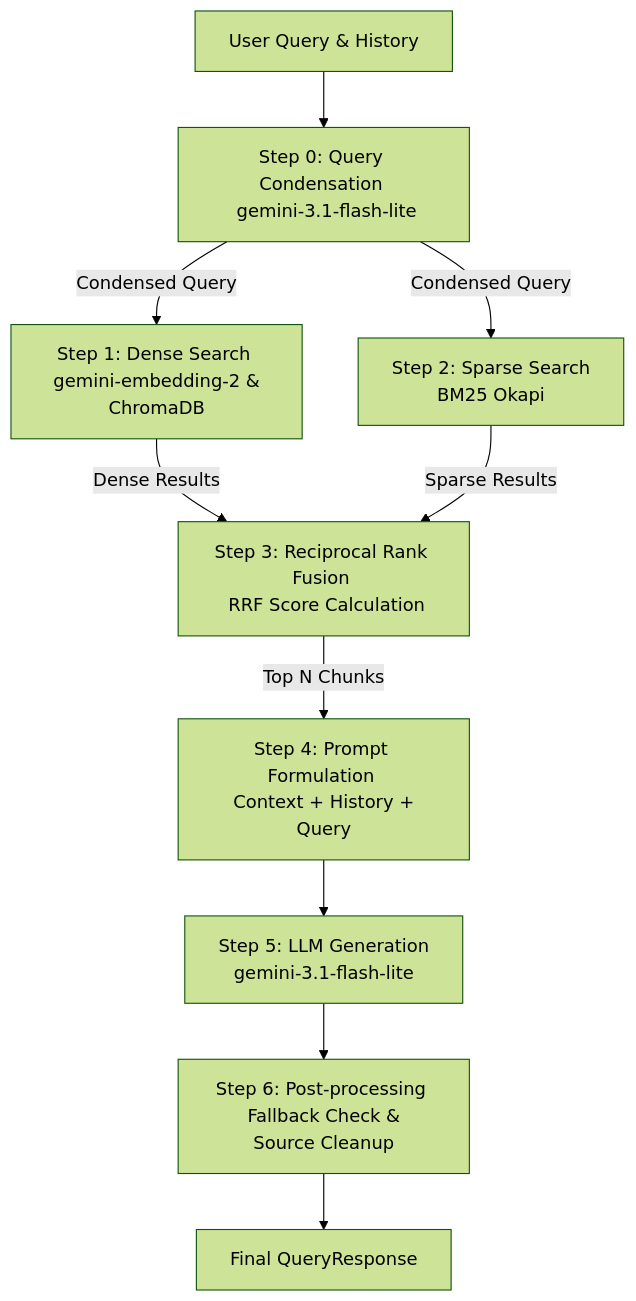
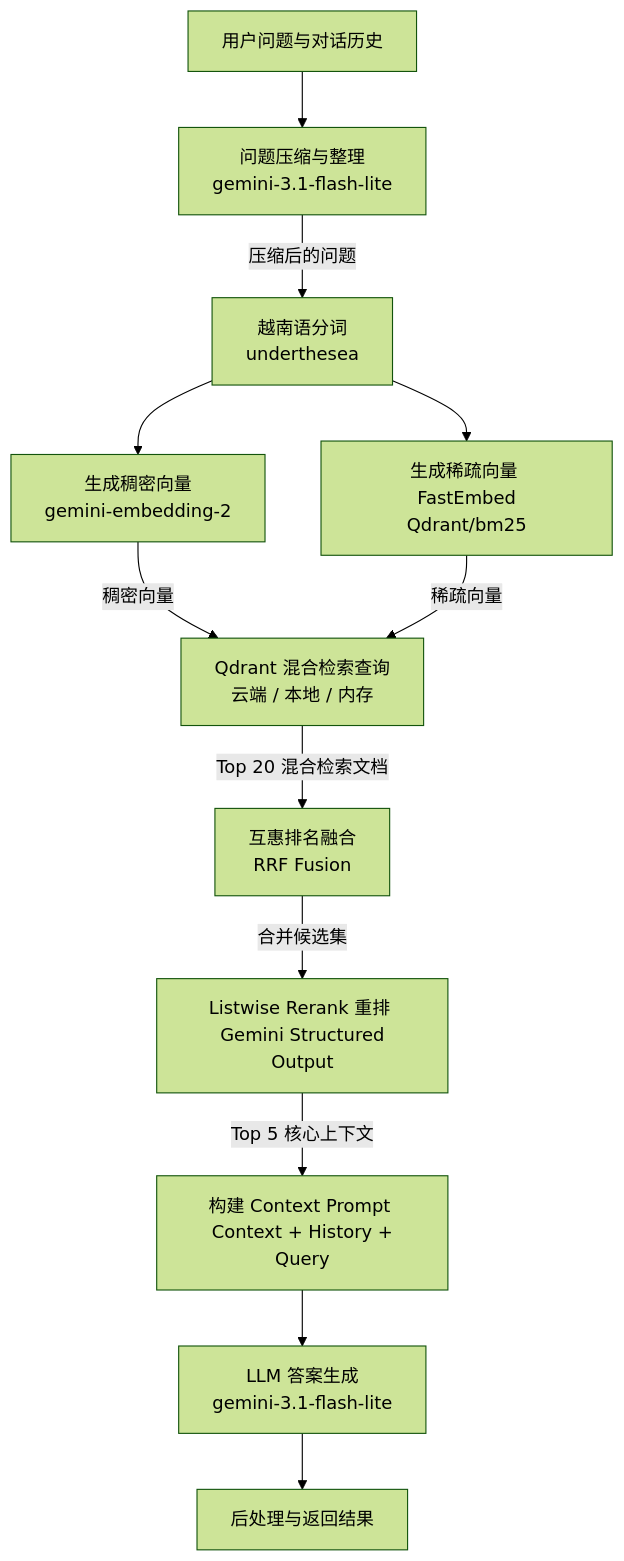
The diagram in README_ZH.md (VictorNguyenLPN/Legal-RAG), drawn with Mermaid (forest theme) before and after one commit. The commit also changed other lines of this file and 23 other files, not shown here.

````diff
--- a/README_ZH.md
+++ b/README_ZH.md
@@ -63,12 +68,14 @@
 ```mermaid
 graph TD
-    A[User Query & History] --> B[Step 0: Query Condensation <br/> gemini-3.1-flash-lite]
-    B -->|Condensed Query| C1[Step 1: Dense Search <br/> gemini-embedding-2 & ChromaDB]
-    B -->|Condensed Query| C2[Step 2: Sparse Search <br/> BM25 Okapi]
-    C1 -->|Dense Results| D[Step 3: Reciprocal Rank Fusion <br/> RRF Score Calculation]
-    C2 -->|Sparse Results| D
-    D -->|Top N Chunks| E[Step 4: Prompt Formulation <br/> Context + History + Query]
-    E --> F[Step 5: LLM Generation <br/> gemini-3.1-flash-lite]
-    F --> G[Step 6: Post-processing <br/> Fallback Check & Source Cleanup]
-    G --> H[Final QueryResponse]
+    A[用户问题与对话历史] --> B[问题压缩与整理 <br/> gemini-3.1-flash-lite]
+    B -->|压缩后的问题| C[越南语分词 <br/> underthesea]
+    C --> C1[生成稠密向量 <br/> gemini-embedding-2]
+    C --> C2[生成稀疏向量 <br/> FastEmbed Qdrant/bm25]
+    C1 -->|稠密向量| D[Qdrant 混合检索查询 <br/> 云端 / 本地 / 内存]
+    C2 -->|稀疏向量| D
+    D -->|Top 20 混合检索文档| E[互惠排名融合 <br/> RRF Fusion]
+    E -->|合并候选集| F[Listwise Rerank 重排 <br/> Gemini Structured Output]
+    F -->|Top 5 核心上下文| G[构建 Context Prompt <br/> Context + History + Query]
+    G --> H[LLM 答案生成 <br/> gemini-3.1-flash-lite]
+    H --> I[后处理与返回结果]
 ```
````
